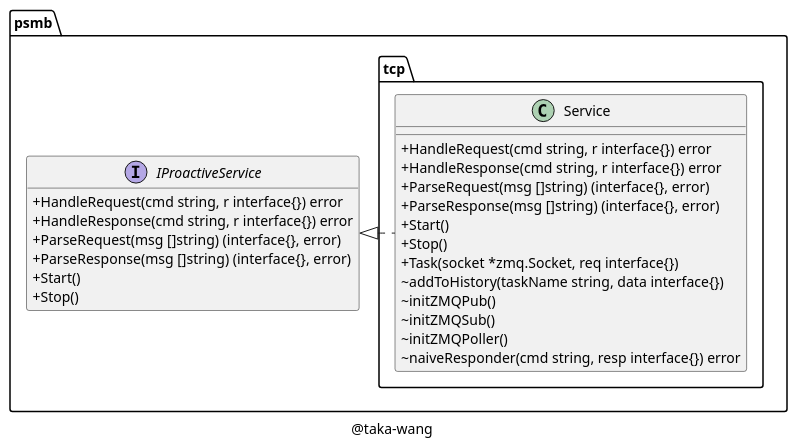
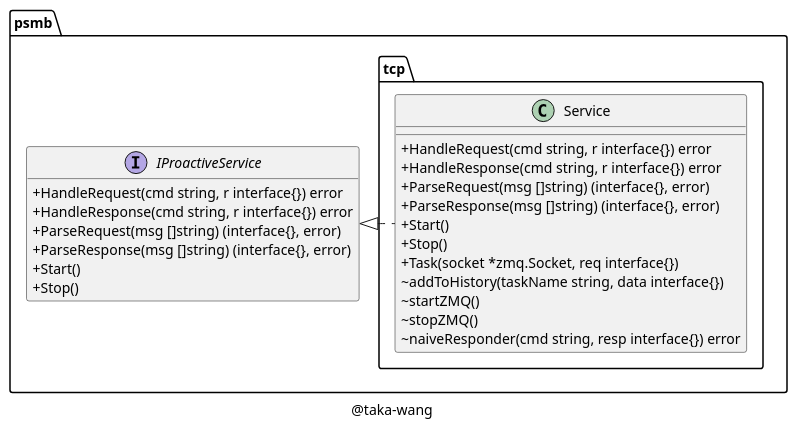
One commit to taka-wang/puml changed the diagram in class/mbtcp.puml. Above: the diagram before and after it, drawn with PlantUML. The commit also changed 3 other files, not shown here.

Commit message:
update uml

```diff
--- a/class/mbtcp.puml
+++ b/class/mbtcp.puml
@@ -1,37 +1,36 @@
 @startuml
 
 set namespaceSeparator /
 
 skinparam classAttributeIconSize 0
 
 class psmb/tcp/Service {
     +HandleRequest(cmd string, r interface{}) error
     +HandleResponse(cmd string, r interface{}) error
     +ParseRequest(msg []string) (interface{}, error)
     +ParseResponse(msg []string) (interface{}, error)
     +Start()
     +Stop()
     +Task(socket *zmq.Socket, req interface{})
     ~addToHistory(taskName string, data interface{})
-    ~initZMQPub()
-    ~initZMQSub()
-    ~initZMQPoller()
+    ~startZMQ()
+    ~stopZMQ()
     ~naiveResponder(cmd string, resp interface{}) error
 }
 
 interface psmb/IProactiveService {
     +HandleRequest(cmd string, r interface{}) error
     +HandleResponse(cmd string, r interface{}) error
     +ParseRequest(msg []string) (interface{}, error)
     +ParseResponse(msg []string) (interface{}, error)
     +Start()
     +Stop()
 }
 
 "psmb/IProactiveService" <|. "psmb/tcp/Service"
 
 caption @taka-wang
 
 hide interface fields
 
 @enduml
```
